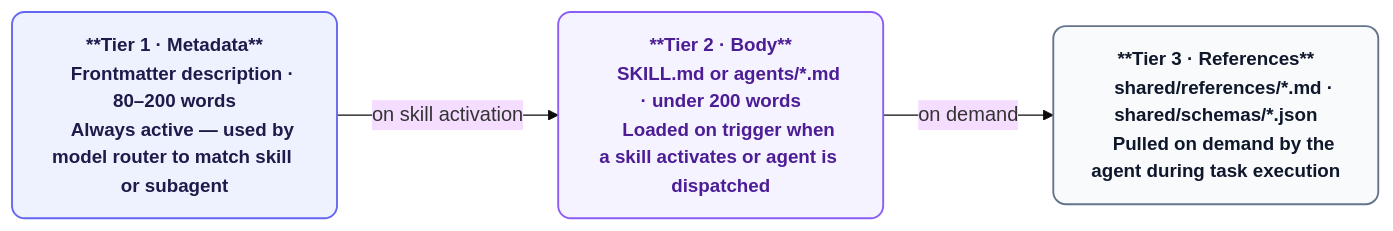
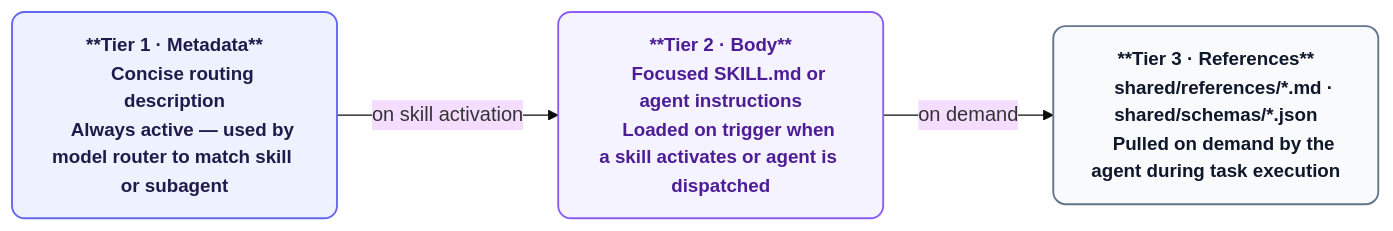
One commit to orin-dx/agent-plugins changed the first of 7 diagrams in ARCHITECTURE.md. Above: the diagram before and after it, drawn with Mermaid (base theme). The commit also changed other lines of this file and 92 other files, not shown here.

````diff
--- a/ARCHITECTURE.md
+++ b/ARCHITECTURE.md
@@ -11,26 +11,26 @@
 ```mermaid
 %%{init: {'flowchart': {'curve': 'basis', 'nodeSpacing': 40, 'rankSpacing': 56}}}%%
 flowchart LR
     classDef source fill:#eef2ff,stroke:#6366f1,stroke-width:1.5px,color:#1e1b4b,rx:10,ry:10,font-size:15px,font-weight:600;
     classDef engine fill:#f5f3ff,stroke:#8b5cf6,stroke-width:1.5px,color:#4c1d95,rx:10,ry:10,font-size:15px,font-weight:600;
     classDef store fill:#f8fafc,stroke:#64748b,stroke-width:1.5px,color:#0f172a,rx:10,ry:10,font-size:15px,font-weight:600;
 
     T1["**Tier 1 · Metadata**
-    Frontmatter description · 80–200 words
+    Concise routing description
     Always active — used by model router to match skill or subagent"]
 
     T2["**Tier 2 · Body**
-    SKILL.md or agents/*.md · under 200 words
+    Focused SKILL.md or agent instructions
     Loaded on trigger when a skill activates or agent is dispatched"]
 
     T3["**Tier 3 · References**
     shared/references/*.md · shared/schemas/*.json
     Pulled on demand by the agent during task execution"]
 
     T1 -->|on skill activation| T2
     T2 -->|on demand| T3
 
     class T1 source
     class T2 engine
     class T3 store
 ```
````
